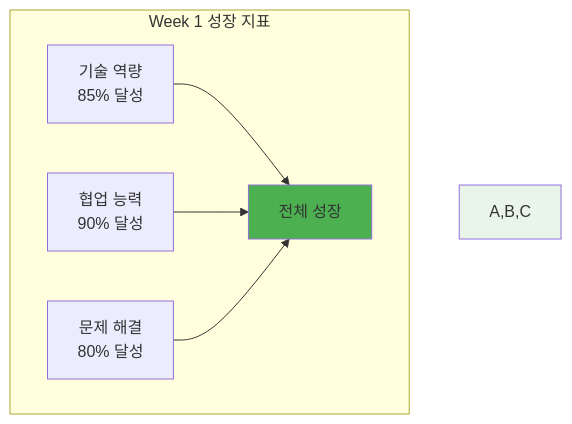
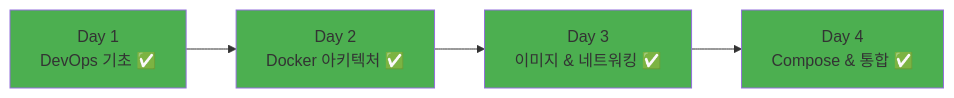
One commit to niceguy61/kdt_devops_lecture_2025 changed the diagram in theory/week_01/day4/README.md. Above: the diagram before and after it, drawn with Mermaid. The commit also changed other lines of this file and 2 other files, not shown here.

````diff
--- a/theory/week_01/day4/README.md
+++ b/theory/week_01/day4/README.md
@@ -725,11 +157,11 @@
 ```mermaid
-graph TB
-    subgraph "Week 1 성장 지표"
-        A[기술 역량<br/>85% 달성] --> D[전체 성장]
-        B[협업 능력<br/>90% 달성] --> D
-        C[문제 해결<br/>80% 달성] --> D
-    end
+graph LR
+    A[Day 1<br/>DevOps 기초 ✅] --> B[Day 2<br/>Docker 아키텍처 ✅]
+    B --> C[Day 3<br/>이미지 & 네트워킹 ✅]
+    C --> D[Day 4<br/>Compose & 통합 ✅]
     
-    style A,B,C fill:#e8f5e8
+    style A fill:#4caf50
+    style B fill:#4caf50
+    style C fill:#4caf50
     style D fill:#4caf50
 ```
````
